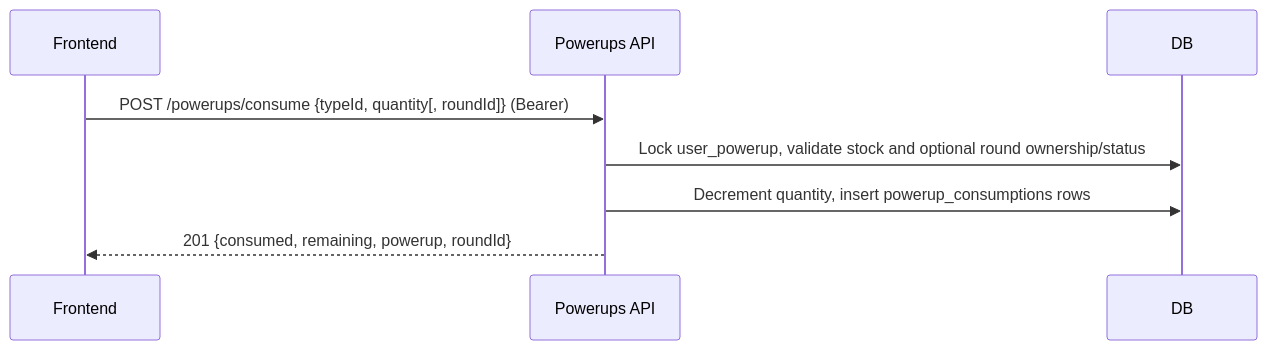
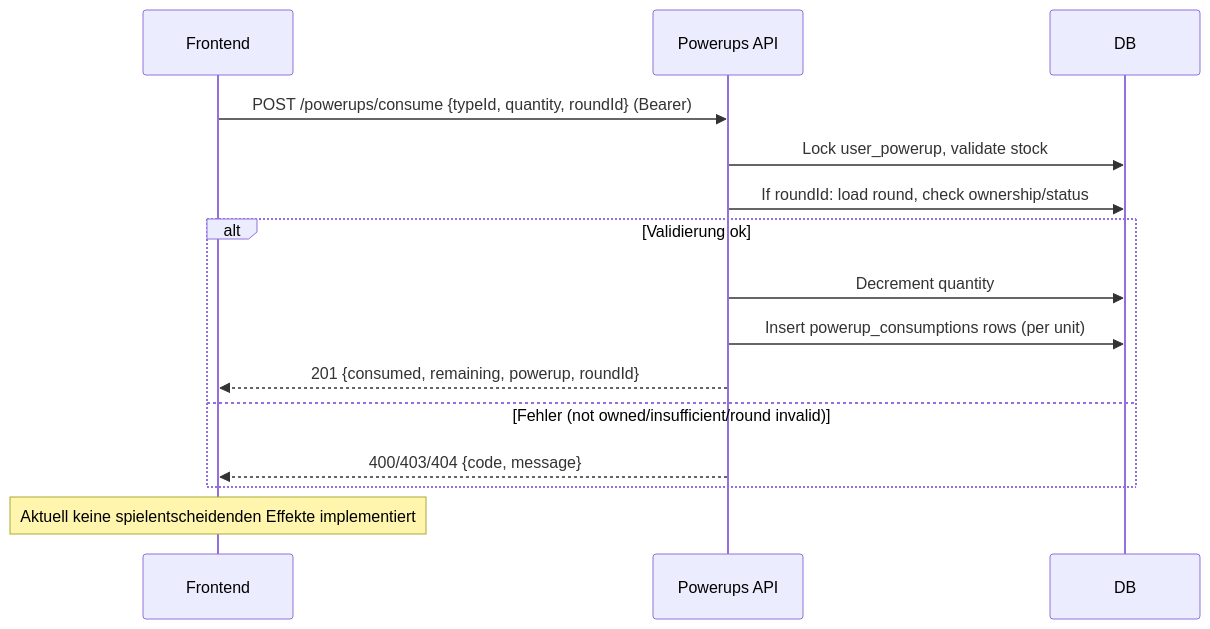
One commit to JustinKaram14/BetCeption changed the first of 2 diagrams in docs/UseCases/UC8_PowerUp_Einsetzen.md. Above: the diagram before and after it, drawn with Mermaid. The commit also changed other lines of this file and 57 other files, not shown here.

Commit message:
Mermaid Diagramme, UCRS ergänzt und erstellt, pngs gelöscht

````diff
--- a/docs/UseCases/UC8_PowerUp_Einsetzen.md
+++ b/docs/UseCases/UC8_PowerUp_Einsetzen.md
@@ -21,10 +49,19 @@
 ```mermaid
 sequenceDiagram
   participant FE as Frontend
   participant API as Powerups API
   participant DB as DB
-  FE->>API: POST /powerups/consume {typeId, quantity[, roundId]} (Bearer)
-  API->>DB: Lock user_powerup, validate stock and optional round ownership/status
-  API->>DB: Decrement quantity, insert powerup_consumptions rows
-  API-->>FE: 201 {consumed, remaining, powerup, roundId}
+
+  FE->>API: POST /powerups/consume {typeId, quantity, roundId} (Bearer)
+  API->>DB: Lock user_powerup, validate stock
+  API->>DB: If roundId: load round, check ownership/status
+  alt Validierung ok
+    API->>DB: Decrement quantity
+    API->>DB: Insert powerup_consumptions rows (per unit)
+    API-->>FE: 201 {consumed, remaining, powerup, roundId}
+  else Fehler (not owned/insufficient/round invalid)
+    API-->>FE: 400/403/404 {code, message}
+  end
+
+  Note over FE: Aktuell keine spielentscheidenden Effekte implementiert
 ```
````
